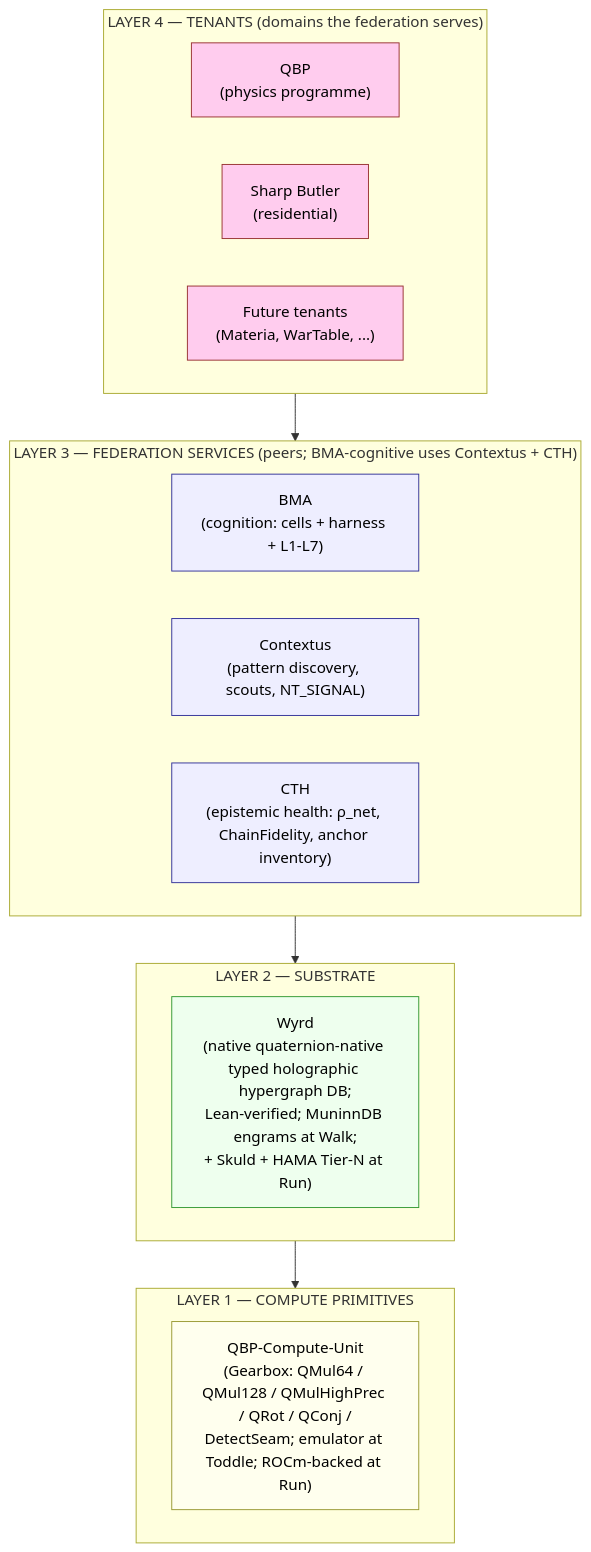
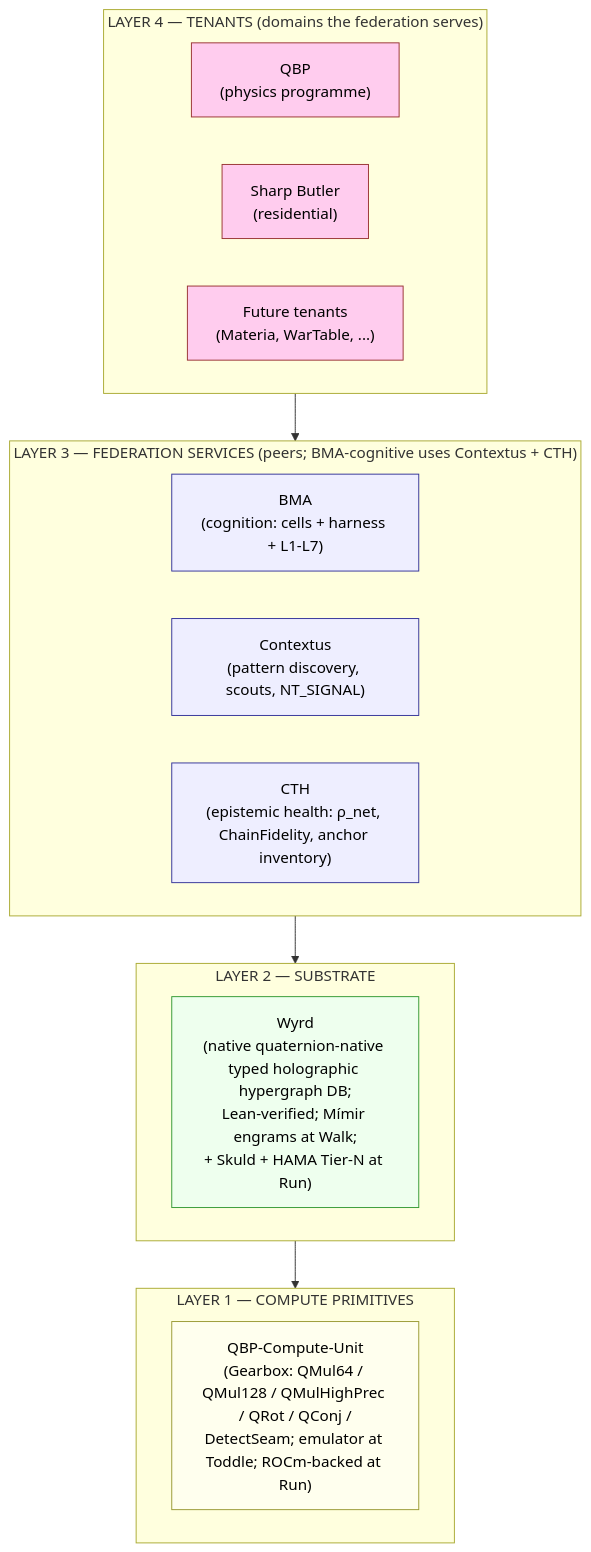
Before and after one commit to JamesPagetButler/inter: the fifth of 10 diagrams in workspace-phase-architecture.md, drawn with Mermaid. The commit also changed other lines of this file and 7 other files, not shown here.

````diff
--- a/workspace-phase-architecture.md
+++ b/workspace-phase-architecture.md
@@ -348,36 +348,36 @@
 ```mermaid
 flowchart TB
     subgraph L4["LAYER 4 — TENANTS (domains the federation serves)"]
         QBP_T["QBP<br/>(physics programme)"]
         SB_T["Sharp Butler<br/>(residential)"]
         FUT["Future tenants<br/>(Materia, WarTable, ...)"]
     end
 
     subgraph L3["LAYER 3 — FEDERATION SERVICES (peers; BMA-cognitive uses Contextus + CTH)"]
         BMA_S["BMA<br/>(cognition: cells + harness + L1-L7)"]
         CTX_S["Contextus<br/>(pattern discovery, scouts, NT_SIGNAL)"]
         CTH_S["CTH<br/>(epistemic health: ρ_net, ChainFidelity, anchor inventory)"]
     end
 
     subgraph L2["LAYER 2 — SUBSTRATE"]
-        WYRD["Wyrd<br/>(native quaternion-native typed holographic hypergraph DB;<br/>Lean-verified; MuninnDB engrams at Walk;<br/>+ Skuld + HAMA Tier-N at Run)"]
+        WYRD["Wyrd<br/>(native quaternion-native typed holographic hypergraph DB;<br/>Lean-verified; Mímir engrams at Walk;<br/>+ Skuld + HAMA Tier-N at Run)"]
     end
 
     subgraph L1["LAYER 1 — COMPUTE PRIMITIVES"]
         QCU["QBP-Compute-Unit<br/>(Gearbox: QMul64 / QMul128 / QMulHighPrec / QRot / QConj /<br/>DetectSeam; emulator at Toddle; ROCm-backed at Run)"]
     end
 
     L4 --> L3
     L3 --> L2
     L2 --> L1
 
     classDef tenant fill:#fce,stroke:#933,color:#000
     classDef service fill:#eef,stroke:#339,color:#000
     classDef substrate fill:#efe,stroke:#393,color:#000
     classDef compute fill:#ffe,stroke:#993,color:#000
 
     class QBP_T,SB_T,FUT tenant
     class BMA_S,CTX_S,CTH_S service
     class WYRD substrate
     class QCU compute
 ```
````
